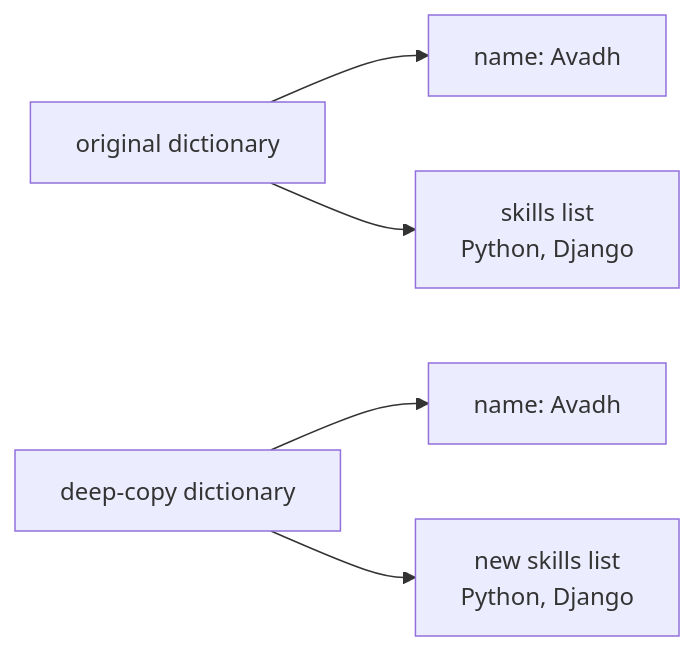
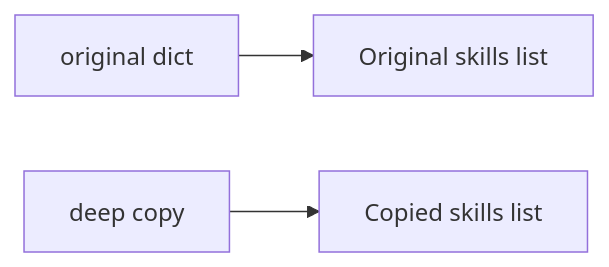
One commit to AvadhBhalodiya/Interview-Preparation changed the fourth of 6 diagrams in src/content/python/shallow-vs-deep-copy.md. Above: the diagram before and after it, drawn with Mermaid. The commit also changed other lines of this file and 80 other files, not shown here.

````diff
--- a/src/content/python/shallow-vs-deep-copy.md
+++ b/src/content/python/shallow-vs-deep-copy.md
@@ -221,8 +158,5 @@
 ```mermaid
 flowchart LR
-    O["original dictionary"] --> N1["name: Avadh"]
-    O --> S1["skills list<br/>Python, Django"]
-
-    D["deep-copy dictionary"] --> N2["name: Avadh"]
-    D --> S2["new skills list<br/>Python, Django"]
+    O["original dict"] --> S1["Original skills list"]
+    D["deep copy"] --> S2["Copied skills list"]
 ```
````
